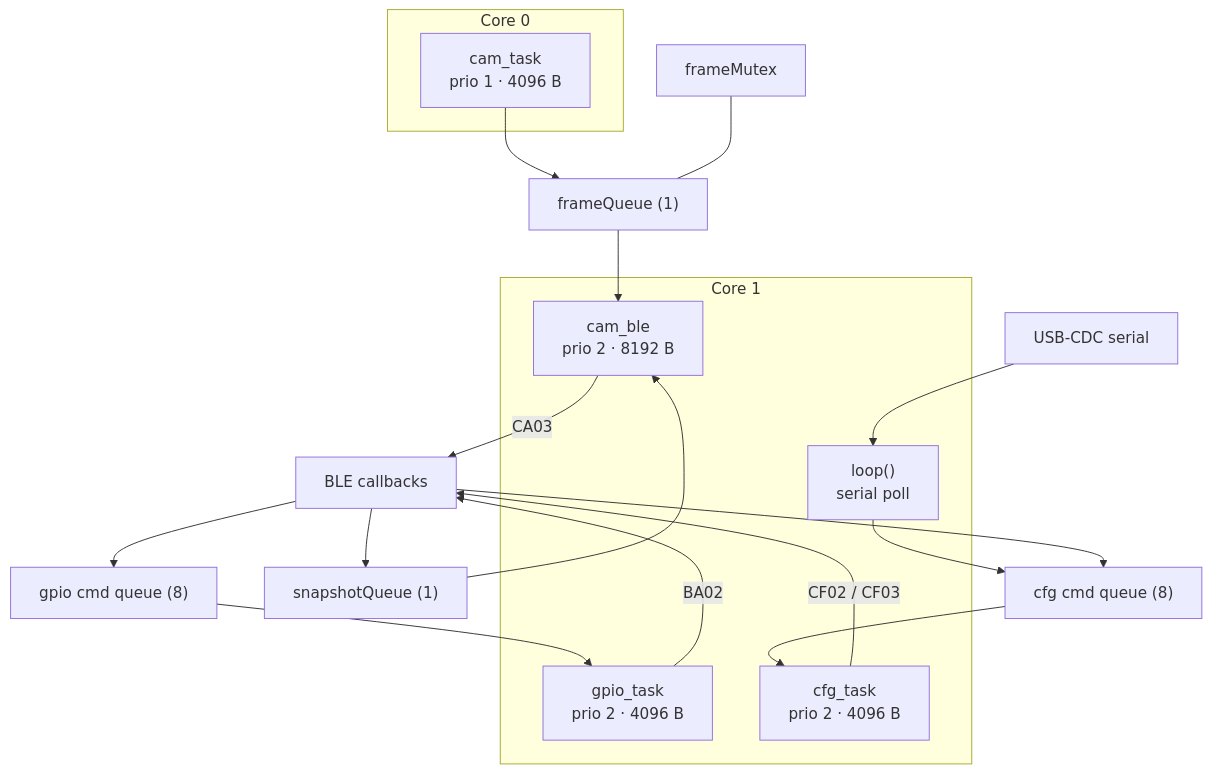
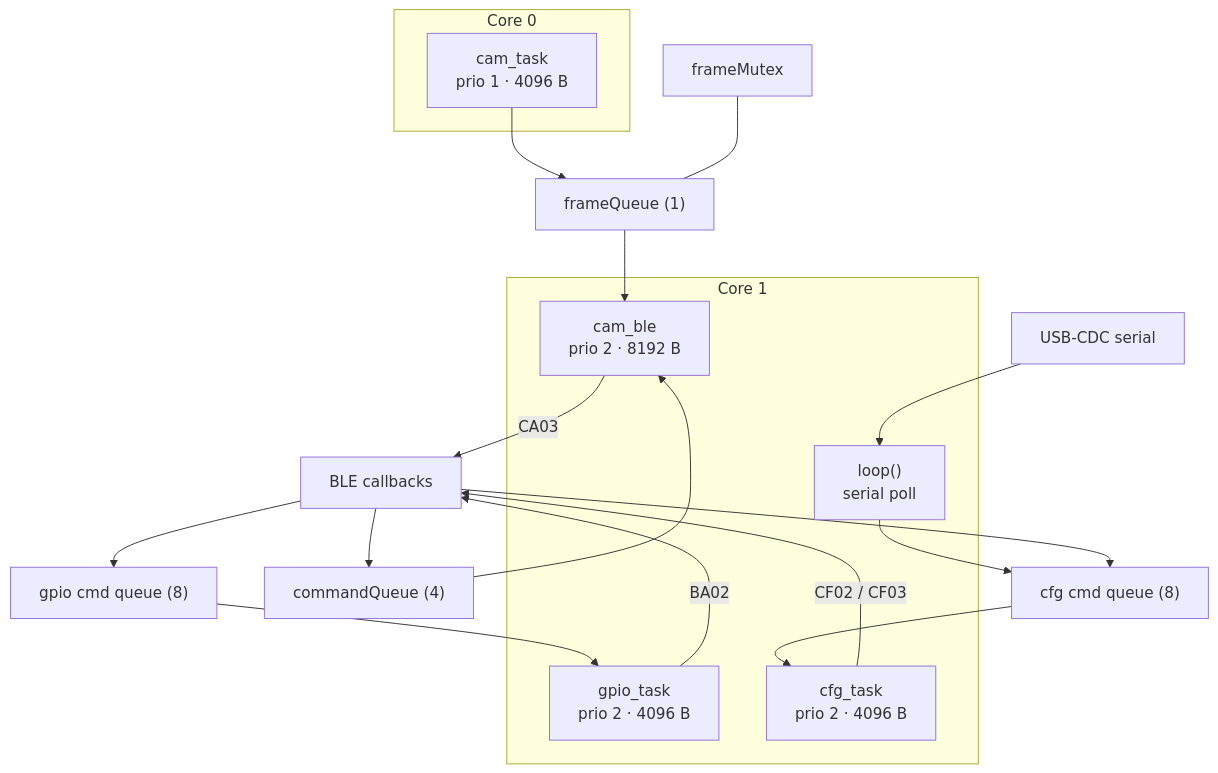
One commit to myndfire/Robotics changed the tenth of 10 diagrams in firmware/ARCHITECTURE.md. Above: the diagram before and after it, drawn with Mermaid. The commit also changed other lines of this file and 36 other files, not shown here.

````diff
--- a/firmware/ARCHITECTURE.md
+++ b/firmware/ARCHITECTURE.md
@@ -567,36 +573,36 @@
 ```mermaid
 flowchart TB
     subgraph Core0["Core 0"]
         CAMT["cam_task<br/>prio 1 · 4096 B"]
     end
 
     subgraph Core1["Core 1"]
         BLET["cam_ble<br/>prio 2 · 8192 B"]
         GPIOT["gpio_task<br/>prio 2 · 4096 B"]
         CFGT["cfg_task<br/>prio 2 · 4096 B"]
         LOOP["loop()<br/>serial poll"]
     end
 
     FQ["frameQueue (1)"]
-    SQ["snapshotQueue (1)"]
+    SQ["commandQueue (4)"]
     MUT["frameMutex"]
     GQ["gpio cmd queue (8)"]
     CQ["cfg cmd queue (8)"]
     BLE["BLE callbacks"]
     SER["USB-CDC serial"]
 
     CAMT --> FQ
     MUT --- FQ
     FQ --> BLET
     BLE --> SQ
     SQ --> BLET
     BLE --> GQ
     GQ --> GPIOT
     BLE --> CQ
     SER --> LOOP
     LOOP --> CQ
     CQ --> CFGT
     BLET -->|"CA03"| BLE
     GPIOT -->|"BA02"| BLE
     CFGT -->|"CF02 / CF03"| BLE
 ```
````
